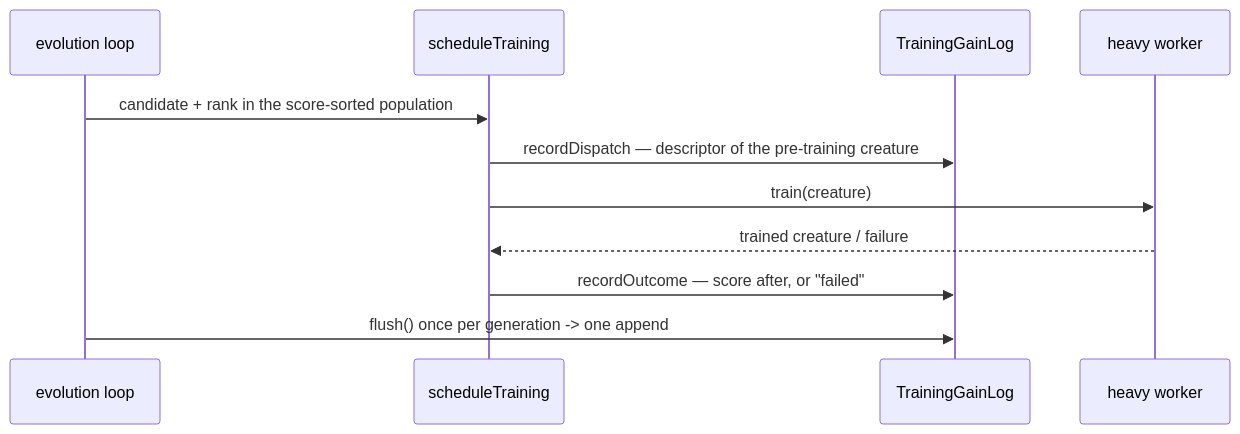
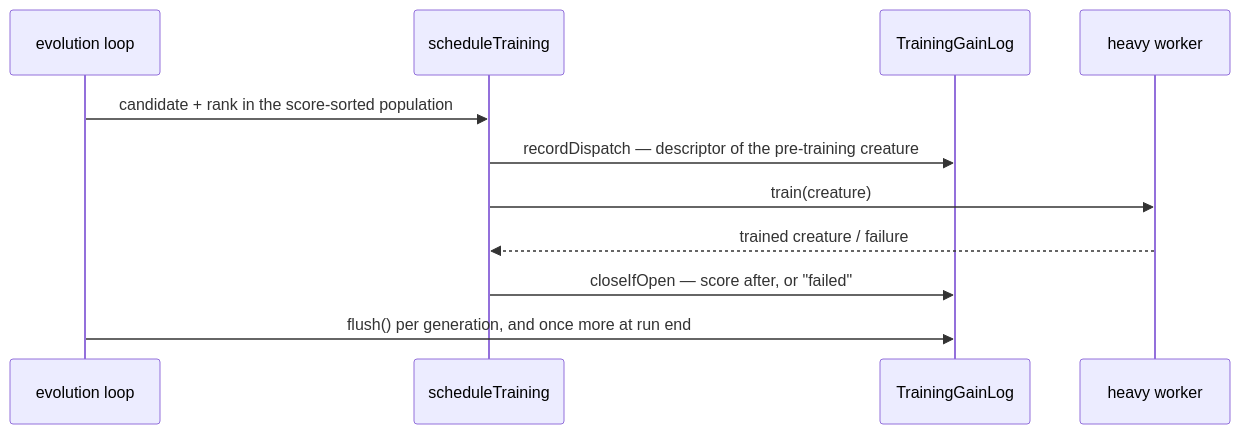
The diagram in docs/TRAINING_GAIN_LOG.md (stSoftwareAU/NEAT-AI), drawn with Mermaid before and after one commit. The commit also changed other lines of this file and 15 other files, not shown here.

````diff
--- a/docs/TRAINING_GAIN_LOG.md
+++ b/docs/TRAINING_GAIN_LOG.md
@@ -34,13 +34,13 @@
 ```mermaid
 sequenceDiagram
   participant E as evolution loop
   participant S as scheduleTraining
   participant L as TrainingGainLog
   participant W as heavy worker
   E->>S: candidate + rank in the score-sorted population
   S->>L: recordDispatch — descriptor of the pre-training creature
   S->>W: train(creature)
   W-->>S: trained creature / failure
-  S->>L: recordOutcome — score after, or "failed"
-  E->>L: flush() once per generation -> one append
+  S->>L: closeIfOpen — score after, or "failed"
+  E->>L: flush() per generation, and once more at run end
 ```
````
